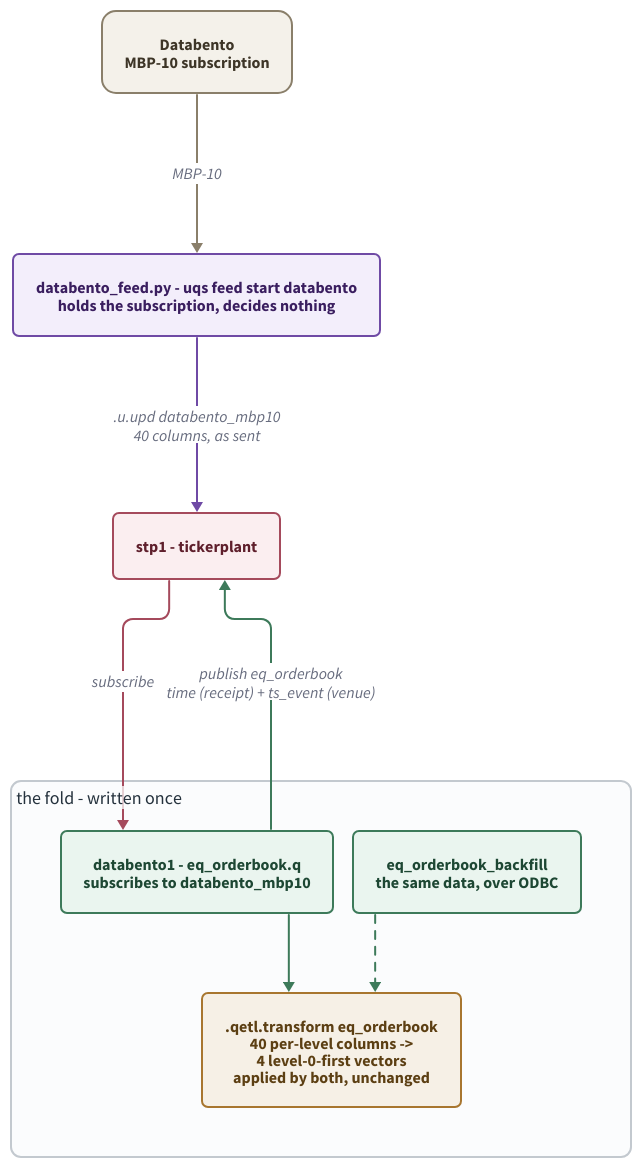
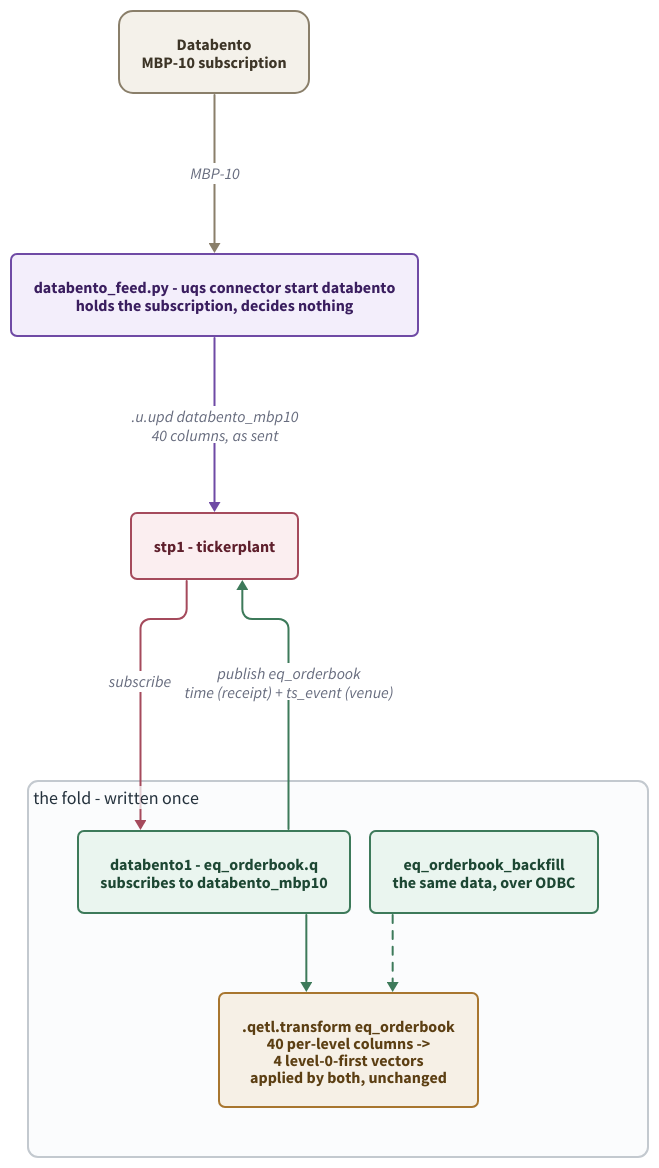
One commit to kwojdalski/uqf changed the diagram in docs/diagrams/databento.d2. Above: the diagram before and after it, drawn with D2. The commit also changed 143 other files, not shown here.

First line of the commit message:
Regroup the uqs CLI: job operations, setup, connector (#1417)

```diff
--- a/docs/diagrams/databento.d2
+++ b/docs/diagrams/databento.d2
@@ -1,50 +1,50 @@
 # databento.d2 - live Databento MBP-10: a Python handler and databento1.
 #
 # Rendered by scripts/generate/render_diagrams.py, which CI runs with
 # --check. Embedded from docs/services/databento.md.
 #
 # WHAT THIS DIAGRAM IS FOR. The split: Python holds the subscription and
 # publishes the vendor's raw rows, deciding nothing; q folds them. And the
 # fold exists once - the live job and the ODBC backfill apply the same
 # .qetl.transform, so a live book and a backfilled one cannot disagree on
 # what a book is.
 
 direction: down
 
 vars: {
   d2-config: {
     layout-engine: elk
     pad: 40
   }
 }
 
 # The service diagrams' palette (fx-positions-service.d2, markouts.d2), so
 # the set reads as one system: light fills with dark text in both themes.
 classes: {
   ext: {style: {fill: "#f4f1ea"; stroke: "#8a7f6a"; font-color: "#3d3527"; border-radius: 14}}
   py: {style: {fill: "#f3eefb"; stroke: "#6f4aa5"; font-color: "#3a1e5f"; border-radius: 6}}
   feed: {style: {fill: "#f6f0e6"; stroke: "#a8762f"; font-color: "#5c3f13"; border-radius: 6}}
   job: {style: {fill: "#eaf5ef"; stroke: "#3d7a5a"; font-color: "#1d4733"; border-radius: 6}}
   plant: {style: {fill: "#fbeef0"; stroke: "#a54a5c"; font-color: "#5f1f2c"; border-radius: 6}}
   table: {style: {fill: "#eef3fb"; stroke: "#4a6fa5"; font-color: "#1e3a5f"; border-radius: 6}}
   store: {style: {fill: "#eef1f4"; stroke: "#5a6a78"; font-color: "#25323d"; border-radius: 6}}
   band: {label.near: top-left; style: {fill: "#fbfcfd"; stroke: "#c3c9cf"; font-color: "#25323d"; stroke-width: 2; border-radius: 10; font-size: 18}}
 }
 
 vendor: "Databento\nMBP-10 subscription" { class: ext }
-handler: "databento_feed.py - uqs feed start databento\nholds the subscription, decides nothing" { class: py }
+handler: "databento_feed.py - uqs connector start databento\nholds the subscription, decides nothing" { class: py }
 stp1: "stp1 - tickerplant" { class: plant }
 
 fold: "the fold - written once" {
   class: band
   live: "databento1 - eq_orderbook.q\nsubscribes to databento_mbp10" { class: job }
   transform: ".qetl.transform eq_orderbook\n40 per-level columns ->\n4 level-0-first vectors\napplied by both, unchanged" { class: feed }
   backfill: "eq_orderbook_backfill\nthe same data, over ODBC" { class: job }
   live -> transform: { style.stroke: "#3d7a5a" }
   backfill -> transform: { style.stroke: "#3d7a5a"; style.stroke-dash: 4 }
 }
 
 vendor -> handler: "MBP-10" { style.stroke: "#8a7f6a" }
 handler -> stp1: ".u.upd databento_mbp10\n40 columns, as sent" { style.stroke: "#6f4aa5" }
 stp1 -> fold.live: "subscribe" { style.stroke: "#a54a5c" }
 stp1 <- fold.live: "publish eq_orderbook\ntime (receipt) + ts_event (venue)" { style.stroke: "#3d7a5a" }
```
